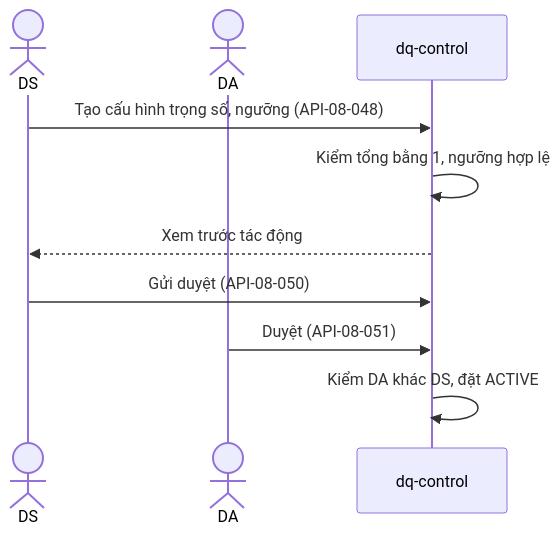
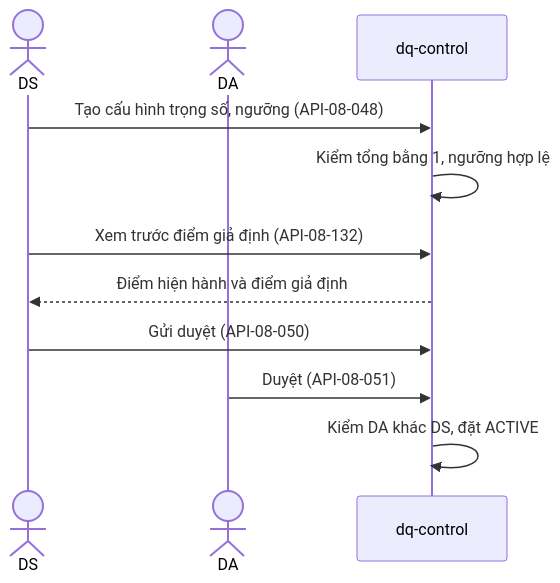
Before and after one commit to caprocute/DATAHUB: diagram 14 of 32 in datahub-docs/02-yeu-cau/use-case/D02-04-PH08-use-case-chat-luong-du-lieu.md, drawn with Mermaid. The commit also changed other lines of this file and 45 other files, not shown here.

````diff
--- a/datahub-docs/02-yeu-cau/use-case/D02-04-PH08-use-case-chat-luong-du-lieu.md
+++ b/datahub-docs/02-yeu-cau/use-case/D02-04-PH08-use-case-chat-luong-du-lieu.md
@@ -947,12 +948,13 @@
 ```{.mermaid caption="Trình tự cấu hình trọng số và ngưỡng có duyệt"}
 sequenceDiagram
   actor DS
   actor DA
   participant Q as dq-control
   DS->>Q: Tạo cấu hình trọng số, ngưỡng (API-08-048)
   Q->>Q: Kiểm tổng bằng 1, ngưỡng hợp lệ
-  Q-->>DS: Xem trước tác động
+  DS->>Q: Xem trước điểm giả định (API-08-132)
+  Q-->>DS: Điểm hiện hành và điểm giả định
   DS->>Q: Gửi duyệt (API-08-050)
   DA->>Q: Duyệt (API-08-051)
   Q->>Q: Kiểm DA khác DS, đặt ACTIVE
 ```
````
